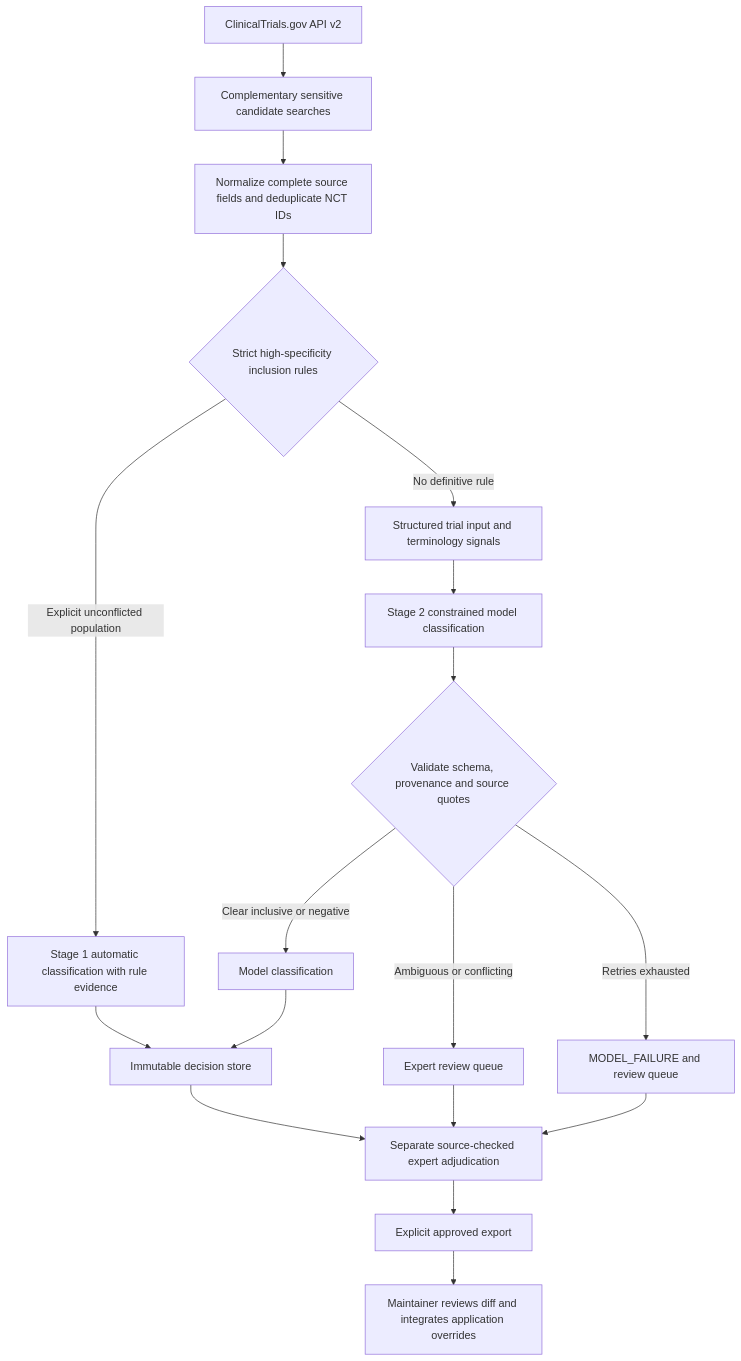
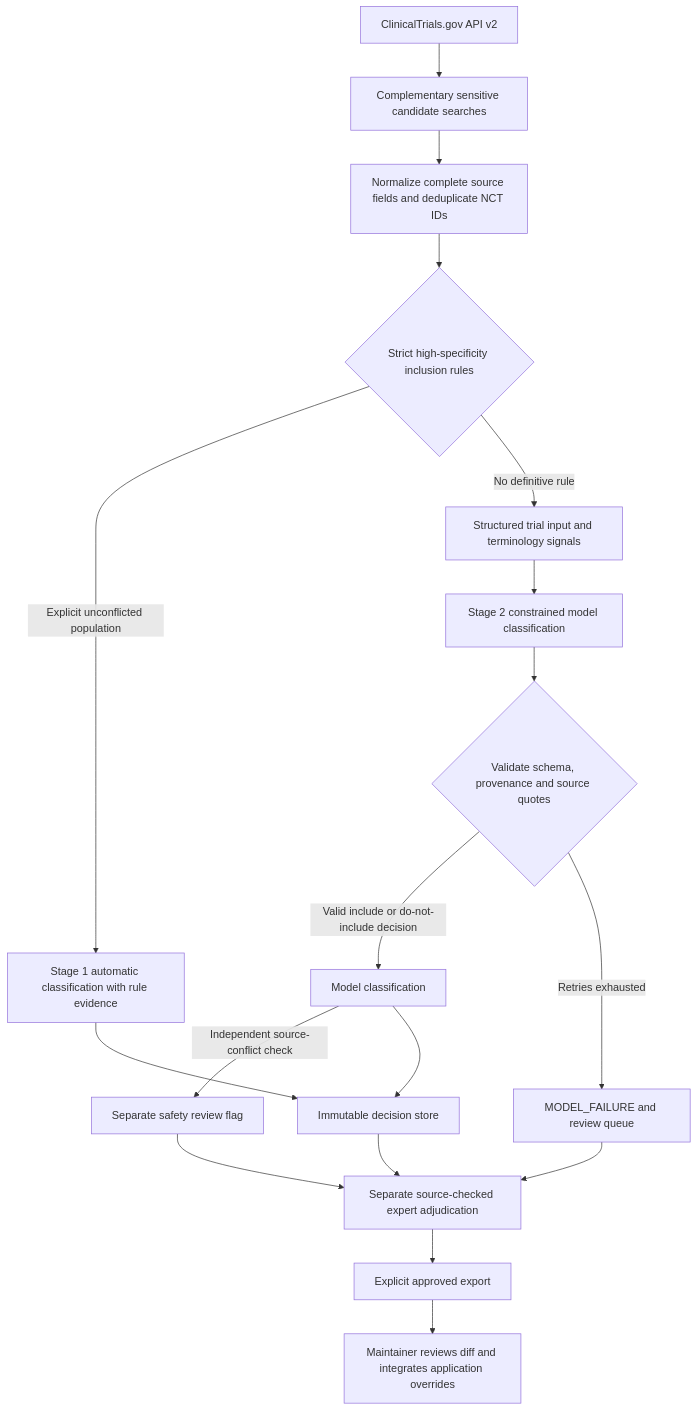
One commit to tejgluth/LeptoTrials changed the first of 3 diagrams in agent-harness/README.md. Above: the diagram before and after it, drawn with Mermaid. The commit also changed other lines of this file and 41 other files, not shown here.

````diff
--- a/agent-harness/README.md
+++ b/agent-harness/README.md
@@ -21,20 +21,20 @@
 ```mermaid
 flowchart TD
     A[ClinicalTrials.gov API v2] --> B[Complementary sensitive candidate searches]
     B --> C[Normalize complete source fields and deduplicate NCT IDs]
     C --> D{Strict high-specificity inclusion rules}
     D -->|Explicit unconflicted population| E[Stage 1 automatic classification with rule evidence]
     D -->|No definitive rule| F[Structured trial input and terminology signals]
     F --> G[Stage 2 constrained model classification]
     G --> H{Validate schema, provenance and source quotes}
-    H -->|Clear inclusive or negative| I[Model classification]
-    H -->|Ambiguous or conflicting| J[Expert review queue]
+    H -->|Valid include or do-not-include decision| I[Model classification]
+    I -->|Independent source-conflict check| J[Separate safety review flag]
     H -->|Retries exhausted| K[MODEL_FAILURE and review queue]
     E --> L[Immutable decision store]
     I --> L
     J --> M[Separate source-checked expert adjudication]
     K --> M
     L --> M
     M --> N[Explicit approved export]
     N --> O[Maintainer reviews diff and integrates application overrides]
 ```
````
